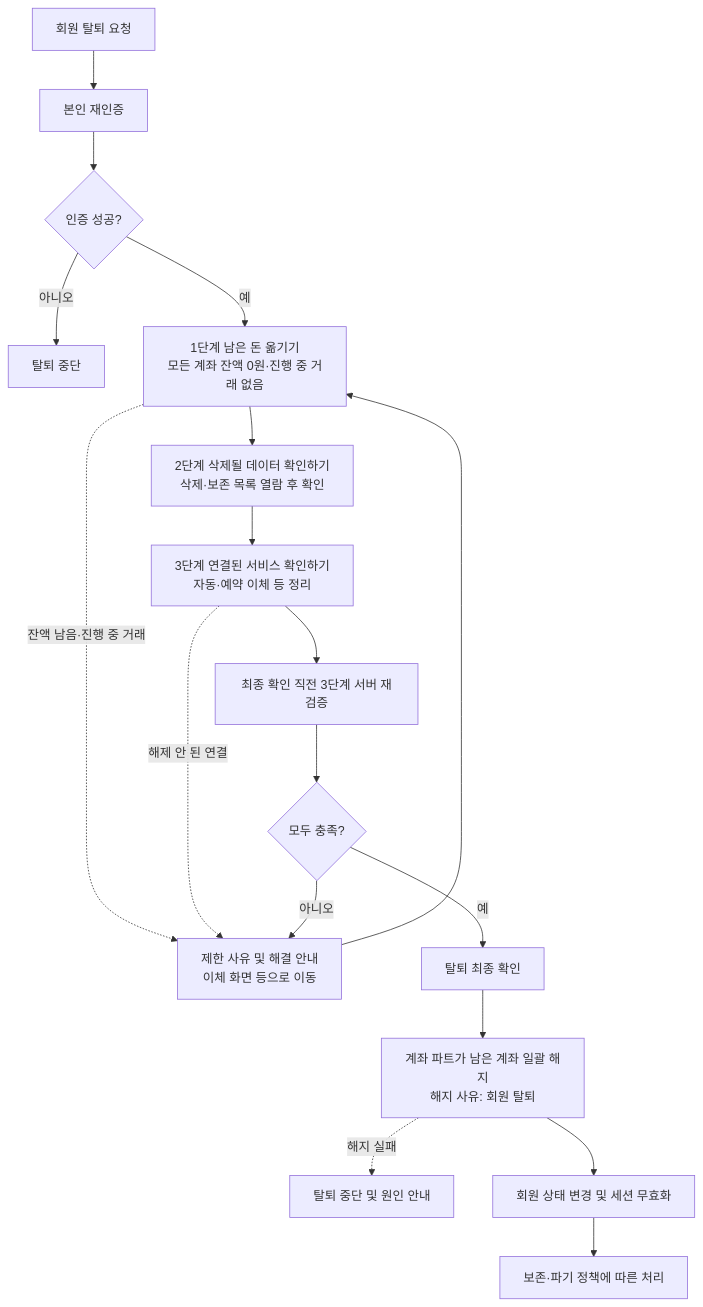
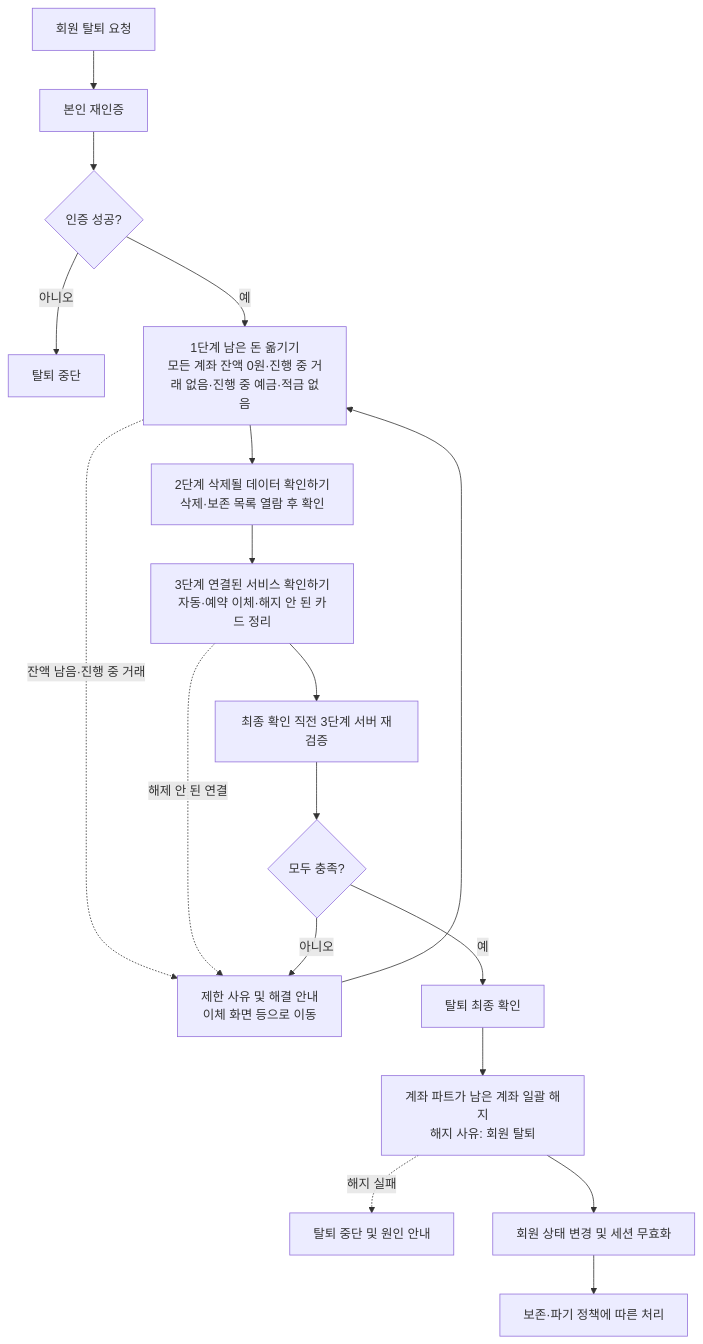
One commit to yellowgreenbean/midproject_ai_agent changed the third of 8 diagrams in docs/회원_계좌기능_기획서.md. Above: the diagram before and after it, drawn with Mermaid. The commit also changed other lines of this file and 6 other files, not shown here.

````diff
--- a/docs/회원_계좌기능_기획서.md
+++ b/docs/회원_계좌기능_기획서.md
@@ -146,20 +147,20 @@
 ```mermaid
 flowchart TD
     A[회원 탈퇴 요청] --> B[본인 재인증]
     B --> C{인증 성공?}
     C -- 아니오 --> X[탈퇴 중단]
-    C -- 예 --> S1[1단계 남은 돈 옮기기\n모든 계좌 잔액 0원·진행 중 거래 없음]
+    C -- 예 --> S1[1단계 남은 돈 옮기기\n모든 계좌 잔액 0원·진행 중 거래 없음·진행 중 예금·적금 없음]
     S1 --> S2[2단계 삭제될 데이터 확인하기\n삭제·보존 목록 열람 후 확인]
-    S2 --> S3[3단계 연결된 서비스 확인하기\n자동·예약 이체 등 정리]
+    S2 --> S3[3단계 연결된 서비스 확인하기\n자동·예약 이체·해지 안 된 카드 정리]
     S1 -. 잔액 남음·진행 중 거래 .-> F[제한 사유 및 해결 안내\n이체 화면 등으로 이동]
     S3 -. 해제 안 된 연결 .-> F
     F --> S1
     S3 --> R[최종 확인 직전 3단계 서버 재검증]
     R --> E{모두 충족?}
     E -- 아니오 --> F
     E -- 예 --> G[탈퇴 최종 확인]
     G --> J[계좌 파트가 남은 계좌 일괄 해지\n해지 사유: 회원 탈퇴]
     J -. 해지 실패 .-> X2[탈퇴 중단 및 원인 안내]
     J --> H[회원 상태 변경 및 세션 무효화]
     H --> I[보존·파기 정책에 따른 처리]
 ```
````
